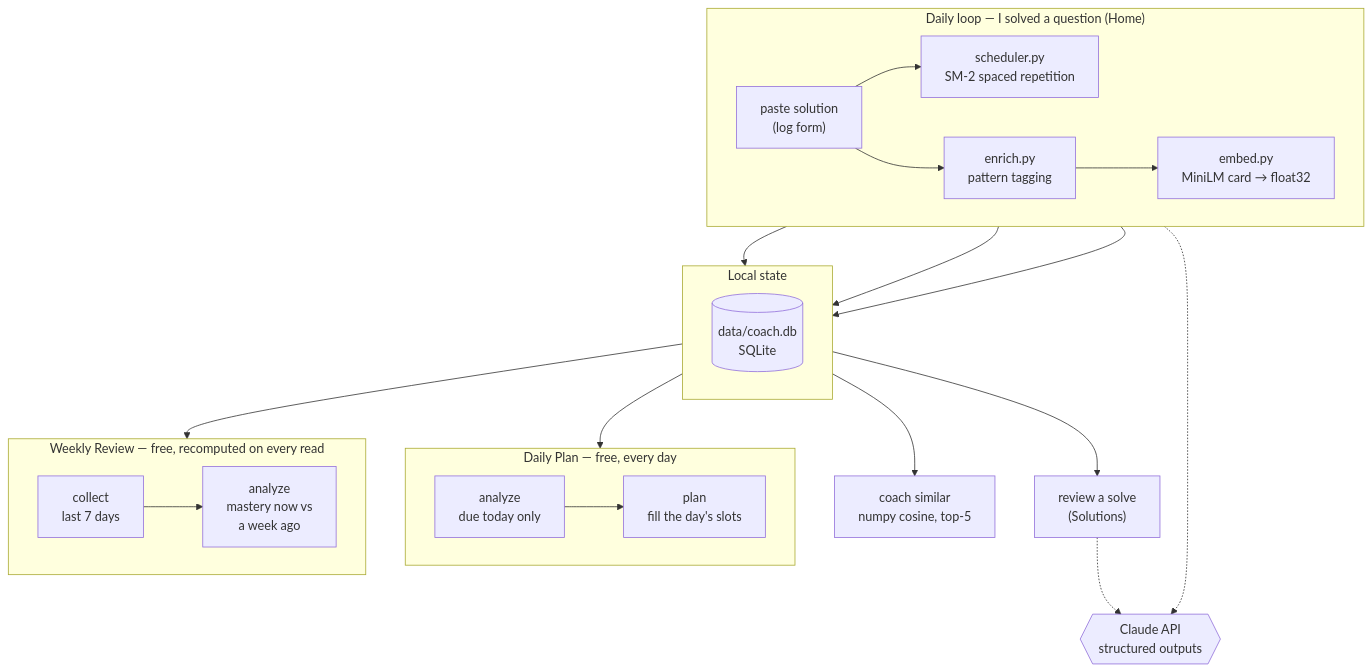
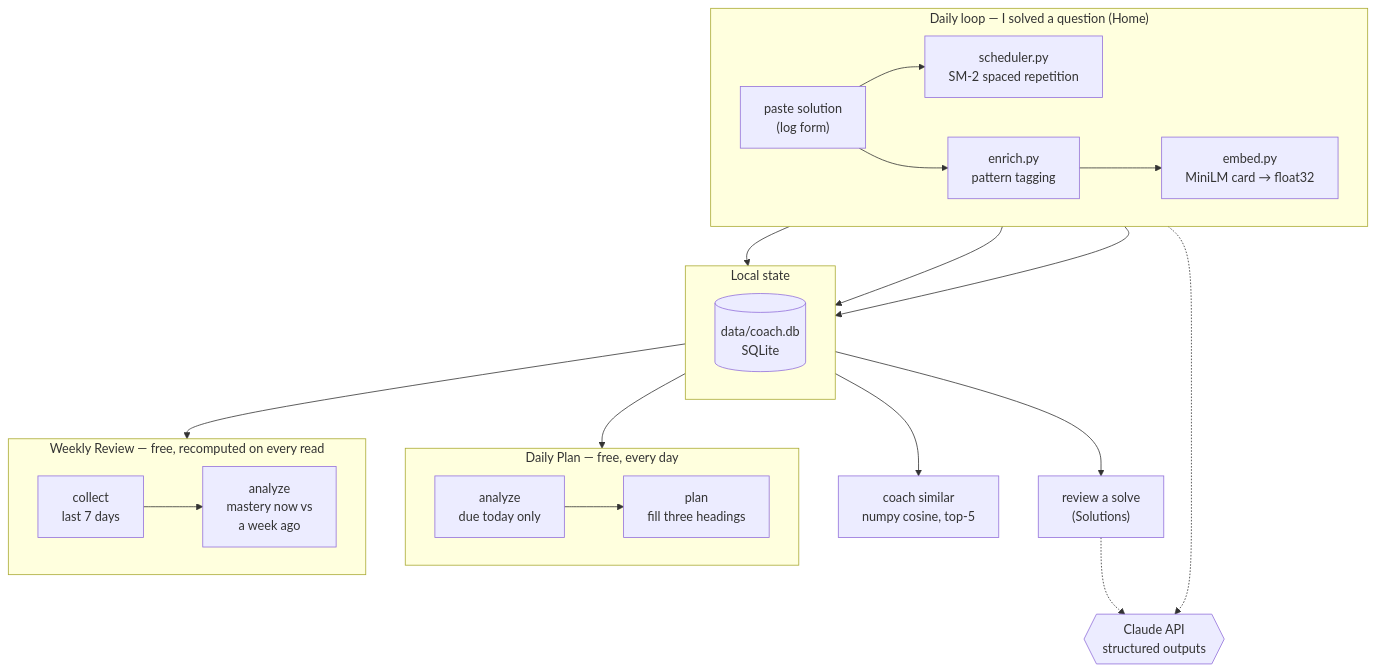
The diagram in docs/DESIGN.md (AvivE453/leetcode-coach), drawn with Mermaid before and after one commit. The commit also changed other lines of this file and 1 other file, not shown here.

Commit message:
Document the Daily Plan's three headings

````diff
--- a/docs/DESIGN.md
+++ b/docs/DESIGN.md
@@ -10,38 +10,38 @@
 ```mermaid
 flowchart TB
     subgraph daily ["Daily loop — I solved a question (Home)"]
         direction LR
         paste["paste solution<br/>(log form)"] --> sm2["scheduler.py<br/>SM-2 spaced repetition"]
         paste --> enr["enrich.py<br/>pattern tagging"]
         enr --> emb["embed.py<br/>MiniLM card → float32"]
     end
 
     subgraph state ["Local state"]
         direction LR
         db[("data/coach.db<br/>SQLite")]
     end
 
     subgraph todayp ["Daily Plan — free, every day"]
         direction LR
-        ta["analyze<br/>due today only"] --> tp["plan<br/>fill the day's slots"]
+        ta["analyze<br/>due today only"] --> tp["plan<br/>fill three headings"]
     end
 
     subgraph weeklyp ["Weekly Review — free, recomputed on every read"]
         direction LR
         c["collect<br/>last 7 days"] --> a["analyze<br/>mastery now vs<br/>a week ago"]
     end
 
     api{{"Claude API<br/>structured outputs"}}
 
     sm2 --> db
     enr --> db
     emb --> db
     db --> ta
     db --> c
 
     enr -.-> api
 
     db --> sim["coach similar<br/>numpy cosine, top-5"]
     db --> rev["review a solve<br/>(Solutions)"]
     rev -.-> api
 ```
````
